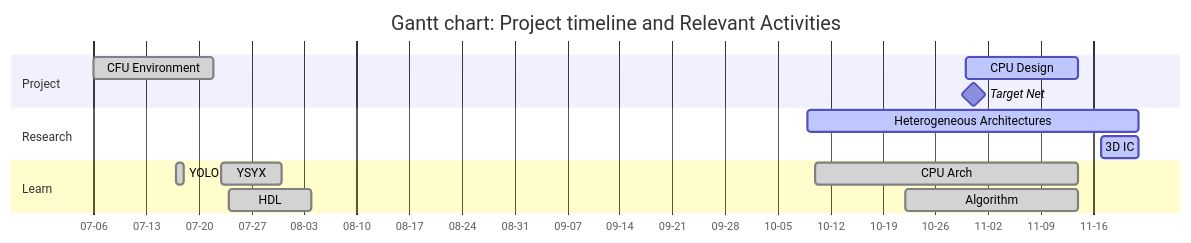
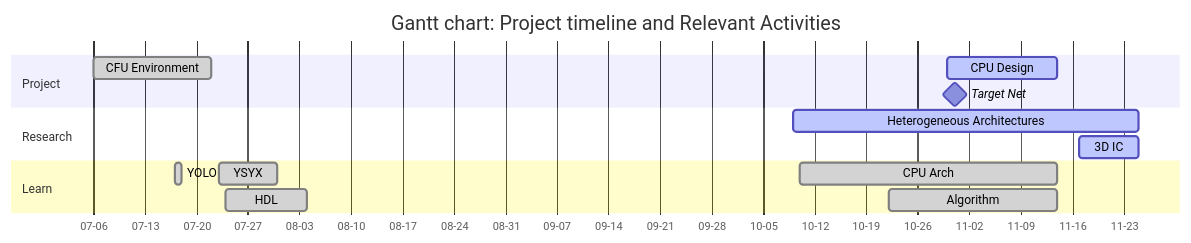
The first of 2 diagrams in tinyml/index.qmd (Marcobisky/Marcobisky.github.io), drawn with Mermaid before and after one commit. The commit also changed other lines of this file and 3 other files, not shown here.

````diff
--- a/tinyml/index.qmd
+++ b/tinyml/index.qmd
@@ -48,32 +48,32 @@
 ```{mermaid}
 ---
 displayMode: compact
 ---
 %%| label: fig-timeline
 %%| fig-cap: "Gantt Chart"
 %%| fig-width: 10
 %%| fig-height: 6
 
 gantt
     title Gantt chart: Project timeline and Relevant Activities
     dateFormat  YYYY-MM-DD
     axisFormat  %m-%d
     tickInterval 14d
 
     section Project
         CFU Environment :done, 2025-07-06, 2025-07-22
         Target Net :milestone, 2025-10-31, 0d
         CPU Design :active, 2025-10-30, 2025-11-14
 
     section Research
-        Heterogeneous Architectures :active, 2025-10-09, 2025-11-22
-        3D IC :active, 2025-11-17, 2025-11-22
+        Heterogeneous Architectures :active, 2025-10-09, 2025-11-25
+        3D IC :active, 2025-11-17, 2025-11-25
 
     section Learn
         YSYX :done, 2025-07-23, 2025-07-31
         HDL :done, 2025-07-24, 2025-08-04
         YOLO :done, 2025-07-17, 1d
         CPU Arch :done, 2025-10-10, 2025-11-14
         Algorithm :done, 2025-10-22, 2025-11-14
 
 ```
````
